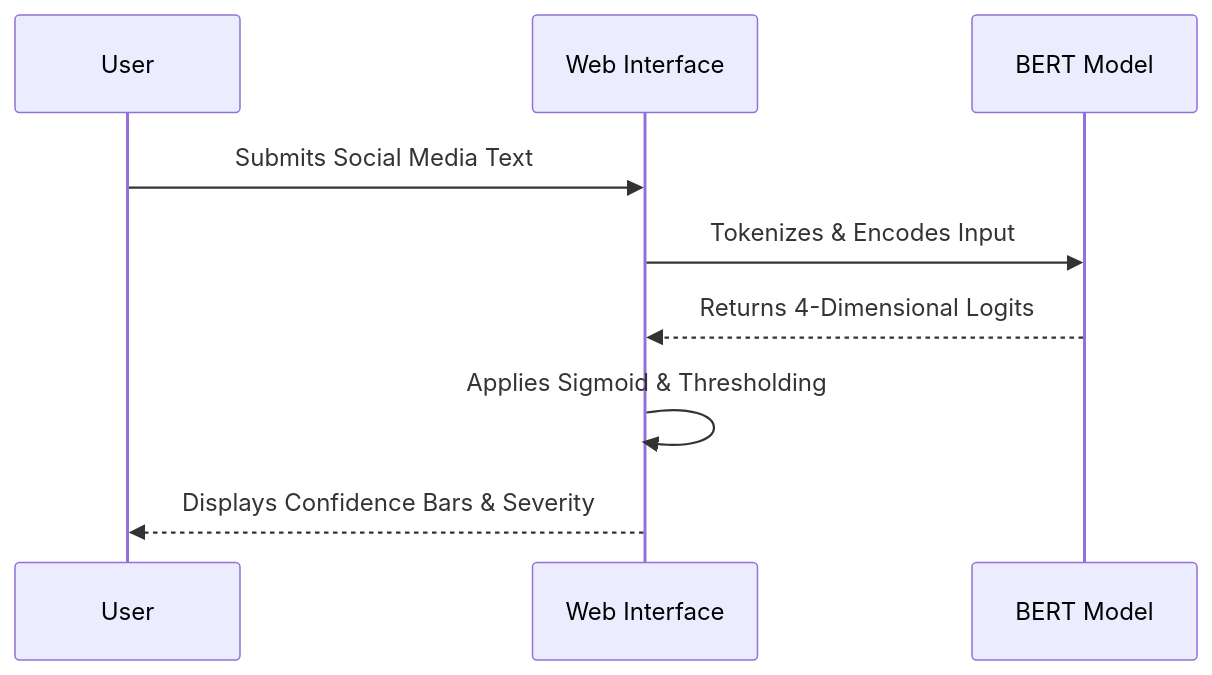
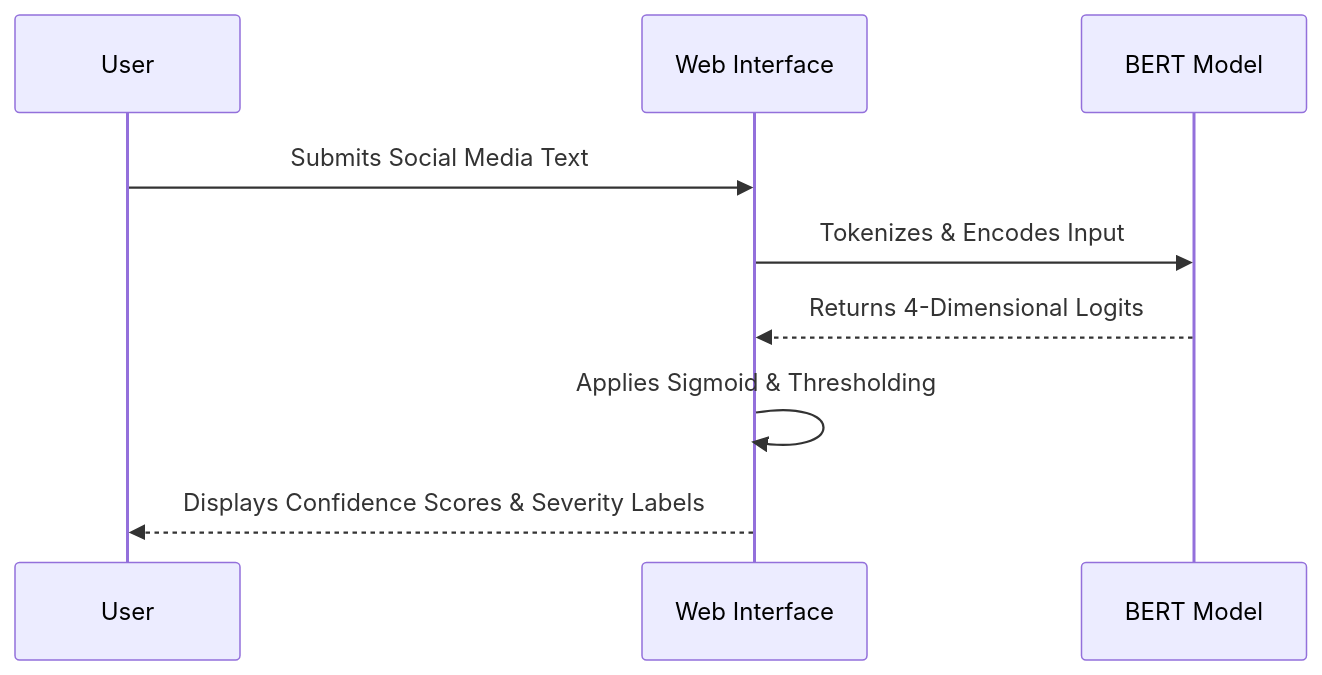
One commit to kumardhruv88/safetyspeech changed the second of 2 diagrams in README.md. Above: the diagram before and after it, drawn with Mermaid. The commit also changed other lines of this file, not shown here.

````diff
--- a/README.md
+++ b/README.md
@@ -91,12 +80,12 @@
 ```mermaid
 sequenceDiagram
     participant User
     participant Web Interface
     participant BERT Model
     
     User->>Web Interface: Submits Social Media Text
     Web Interface->>BERT Model: Tokenizes & Encodes Input
     BERT Model-->>Web Interface: Returns 4-Dimensional Logits
     Web Interface->>Web Interface: Applies Sigmoid & Thresholding
-    Web Interface-->>User: Displays Confidence Bars & Severity
+    Web Interface-->>User: Displays Confidence Scores & Severity Labels
 ```
````
